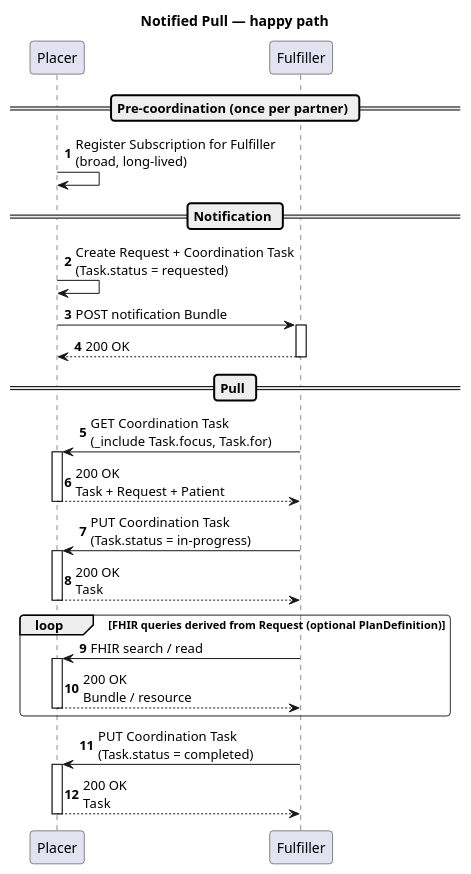
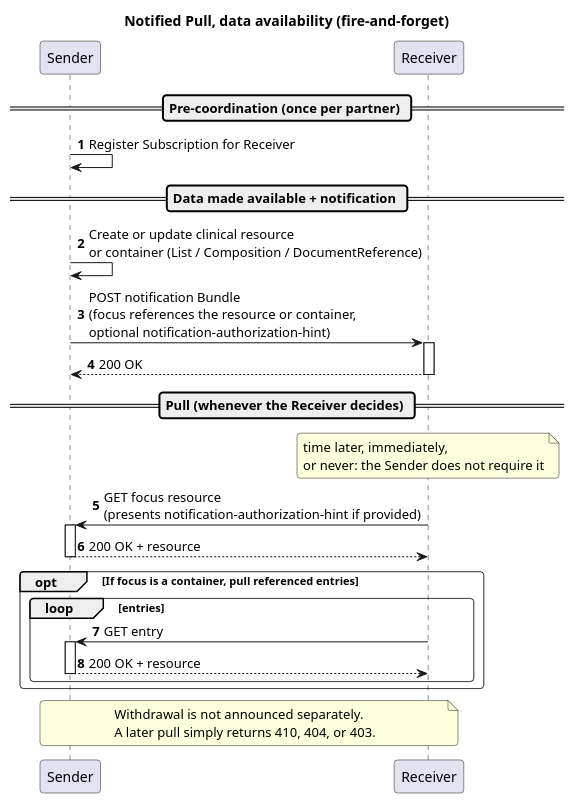
The diagram in input/images-source/notified-pull-overview.plantuml (nuts-foundation/nl-generic-functions-ig), drawn with PlantUML before and after one commit. The commit also changed 12 other files, not shown here.

```diff
--- a/input/images-source/notified-pull-overview.plantuml
+++ b/input/images-source/notified-pull-overview.plantuml
@@ -5,37 +5,37 @@
 @startuml notified-pull-overview
 autonumber
 
-title "Notified Pull — happy path"
+title "Notified Pull, data availability (fire-and-forget)"
 skinparam roundCorner 7
 skinparam sequenceGroupBorderThickness .5
 
-participant "Placer" as placer order 10
-participant "Fulfiller" as fulfiller order 20
+participant "Sender" as sender order 10
+participant "Receiver" as receiver order 20
 
 == Pre-coordination (once per partner) ==
 
-placer -> placer : Register Subscription for Fulfiller\n(broad, long-lived)
+sender -> sender : Register Subscription for Receiver
 
-== Notification ==
+== Data made available + notification ==
 
-placer -> placer : Create Request + Coordination Task\n(Task.status = requested)
-placer -> fulfiller ++: POST notification Bundle
-fulfiller --> placer --: 200 OK
+sender -> sender : Create or update clinical resource\nor container (List / Composition / DocumentReference)
+sender -> receiver ++: POST notification Bundle\n(focus references the resource or container,\noptional notification-authorization-hint)
+receiver --> sender --: 200 OK
 
-== Pull ==
+== Pull (whenever the Receiver decides) ==
 
-fulfiller -> placer ++: GET Coordination Task\n(_include Task.focus, Task.for)
-placer --> fulfiller --: 200 OK\nTask + Request + Patient
+note over receiver: time later, immediately,\nor never: the Sender does not require it
 
-fulfiller -> placer ++: PUT Coordination Task\n(Task.status = in-progress)
-placer --> fulfiller --: 200 OK\nTask
+receiver -> sender ++: GET focus resource\n(presents notification-authorization-hint if provided)
+sender --> receiver --: 200 OK + resource
 
-loop FHIR queries derived from Request (optional PlanDefinition)
-  fulfiller -> placer ++: FHIR search / read
-  placer --> fulfiller --: 200 OK\nBundle / resource
+opt If focus is a container, pull referenced entries
+  loop entries
+    receiver -> sender ++: GET entry
+    sender --> receiver --: 200 OK + resource
+  end
 end
 
-fulfiller -> placer ++: PUT Coordination Task\n(Task.status = completed)
-placer --> fulfiller --: 200 OK\nTask
+note over sender, receiver: Withdrawal is not announced separately.\nA later pull simply returns 410, 404, or 403.
 
 @enduml
```
